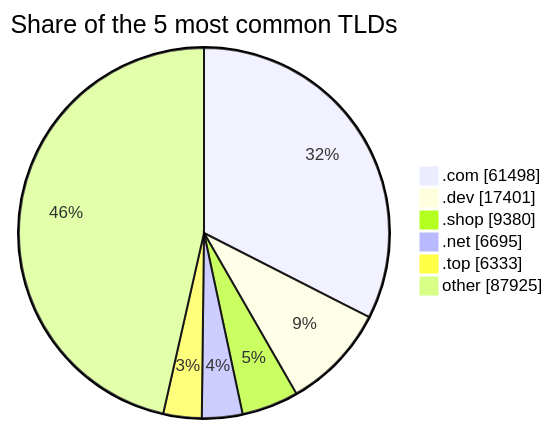
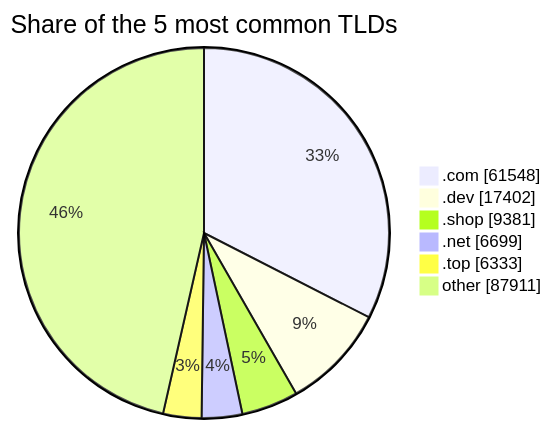
The third of 3 diagrams in README.md (DNSBunker/CTI), drawn with Mermaid before and after one commit. The commit also changed other lines of this file and 3 other files, not shown here.

````diff
--- a/README.md
+++ b/README.md
@@ -81,9 +81,9 @@
 ```mermaid
 pie showData title Share of the 5 most common TLDs
-    ".com" : 61498
-    ".dev" : 17401
-    ".shop" : 9380
-    ".net" : 6695
+    ".com" : 61548
+    ".dev" : 17402
+    ".shop" : 9381
+    ".net" : 6699
     ".top" : 6333
-    "other" : 87925
+    "other" : 87911
 ```
````
